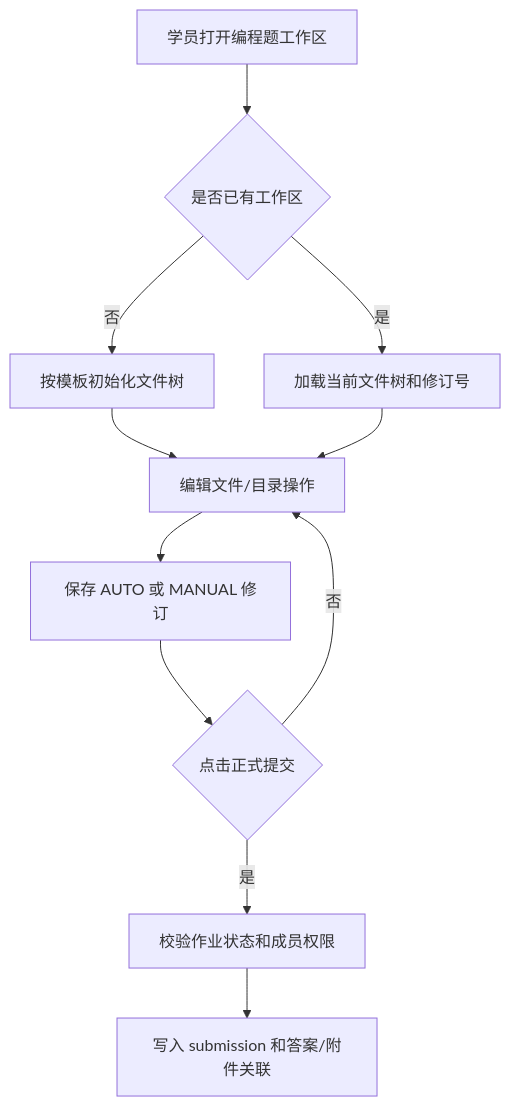
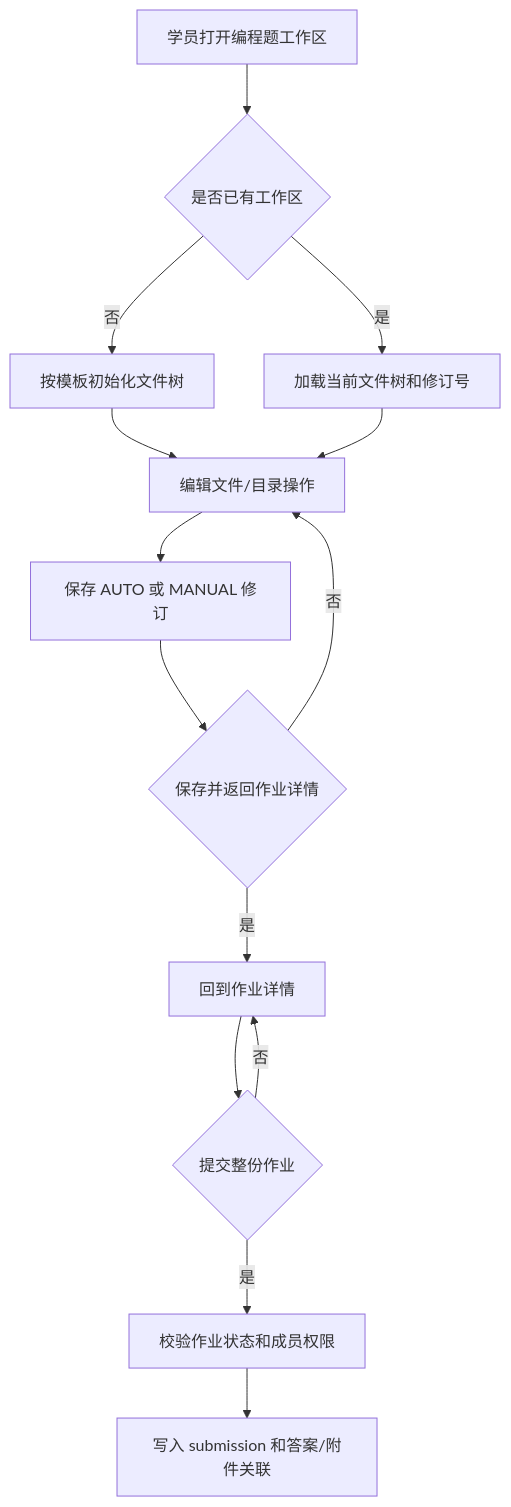
Diagram 11 of 36 in 02-process-docs/detailed-design.md (BUAA-SEProject/docs), drawn with Mermaid before and after one commit. The commit also changed other lines of this file and 9 other files, not shown here.

````diff
--- a/02-process-docs/detailed-design.md
+++ b/02-process-docs/detailed-design.md
@@ -305,13 +294,16 @@
 ```mermaid
 flowchart TD
   A["学员打开编程题工作区"] --> B{"是否已有工作区"}
   B -- 否 --> C["按模板初始化文件树"]
   B -- 是 --> D["加载当前文件树和修订号"]
   C --> E["编辑文件/目录操作"]
   D --> E
   E --> F["保存 AUTO 或 MANUAL 修订"]
-  F --> G{"点击正式提交"}
+  F --> G{"保存并返回作业详情"}
   G -- 否 --> E
-  G -- 是 --> H["校验作业状态和成员权限"]
-  H --> I["写入 submission 和答案/附件关联"]
+  G -- 是 --> H["回到作业详情"]
+  H --> I{"提交整份作业"}
+  I -- 否 --> H
+  I -- 是 --> J["校验作业状态和成员权限"]
+  J --> K["写入 submission 和答案/附件关联"]
 ```
````
